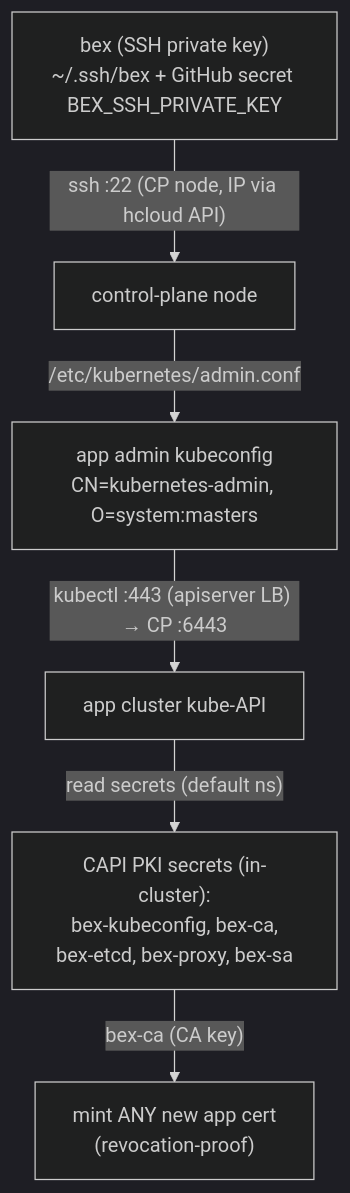
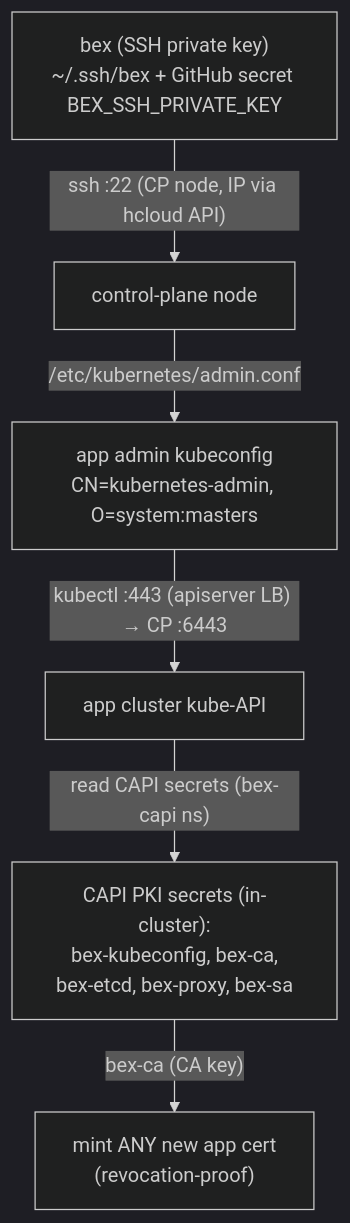
One commit to cuckoo-network/cuckoo changed the diagram in docs/ADR019-infra-credentials.md. Above: the diagram before and after it, drawn with Mermaid (dark theme). The commit also changed other lines of this file and 78 other files, not shown here.

````diff
--- a/docs/ADR019-infra-credentials.md
+++ b/docs/ADR019-infra-credentials.md
@@ -20,9 +20,9 @@
 ```mermaid
 graph TD
   key["bex (SSH private key)<br/>~/.ssh/bex + GitHub secret BEX_SSH_PRIVATE_KEY"]
   key -->|"ssh :22 (CP node, IP via hcloud API)"| cp["control-plane node"]
   cp -->|"/etc/kubernetes/admin.conf"| admin["app admin kubeconfig<br/>CN=kubernetes-admin, O=system:masters"]
   admin -->|"kubectl :443 (apiserver LB) → CP :6443"| app["app cluster kube-API"]
-  app -->|"read secrets (default ns)"| capi["CAPI PKI secrets (in-cluster):<br/>bex-kubeconfig, bex-ca,<br/>bex-etcd, bex-proxy, bex-sa"]
+  app -->|"read CAPI secrets (bex-capi ns)"| capi["CAPI PKI secrets (in-cluster):<br/>bex-kubeconfig, bex-ca,<br/>bex-etcd, bex-proxy, bex-sa"]
   capi -->|"bex-ca (CA key)"| mint["mint ANY new app cert<br/>(revocation-proof)"]
 ```
````
